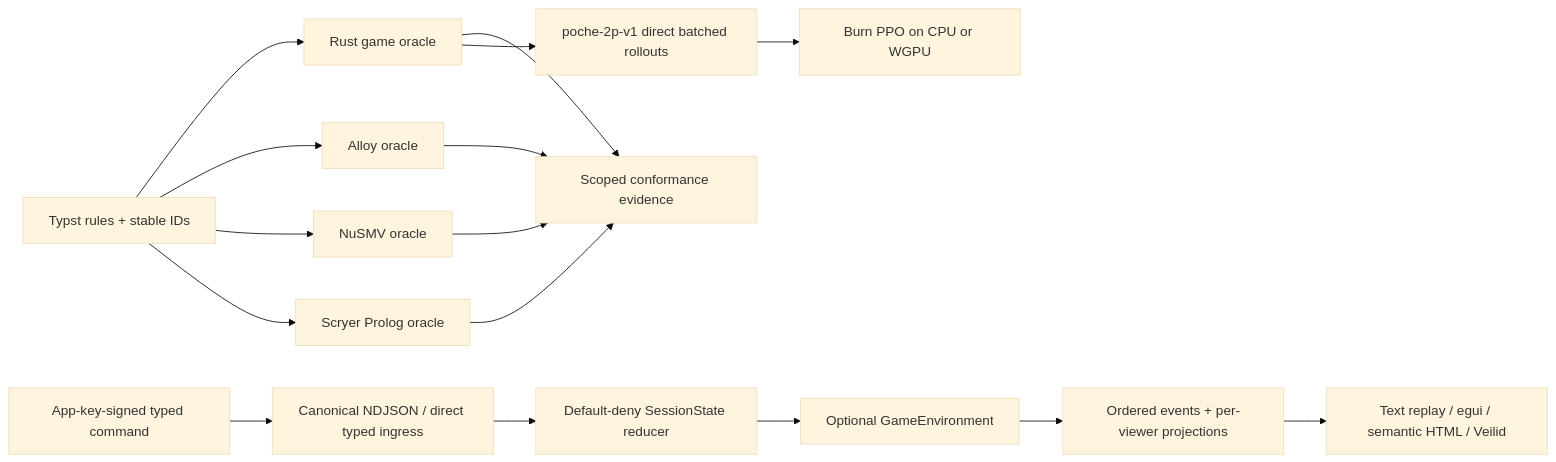
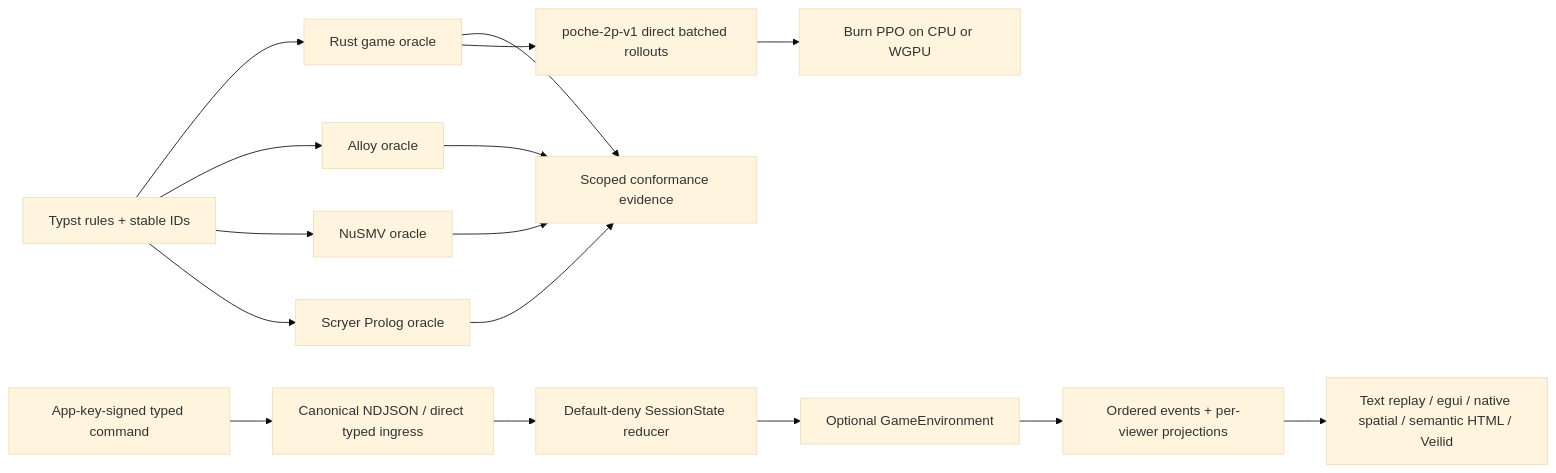
The diagram in README.md (TeamDman/Poche), drawn with Mermaid (base theme) before and after one commit. The commit also changed other lines of this file and 17 other files, not shown here.

Commit message:
Implement native spatial mirror and Slug text

````diff
--- a/README.md
+++ b/README.md
@@ -45,20 +46,20 @@
 ```mermaid
 flowchart LR
   rules["Typst rules + stable IDs"] --> rust["Rust game oracle"]
   rules --> alloy["Alloy oracle"]
   rules --> nusmv["NuSMV oracle"]
   rules --> prolog["Scryer Prolog oracle"]
   rust --> compare["Scoped conformance evidence"]
   alloy --> compare
   nusmv --> compare
   prolog --> compare
 
   command["App-key-signed typed command"] --> codec["Canonical NDJSON / direct typed ingress"]
   codec --> session["Default-deny SessionState reducer"]
   session --> game["Optional GameEnvironment"]
   game --> events["Ordered events + per-viewer projections"]
-  events --> clients["Text replay / egui / semantic HTML / Veilid"]
+  events --> clients["Text replay / egui / native spatial / semantic HTML / Veilid"]
 
   rust --> rl["poche-2p-v1 direct batched rollouts"]
   rl --> burn["Burn PPO on CPU or WGPU"]
 ```
````
